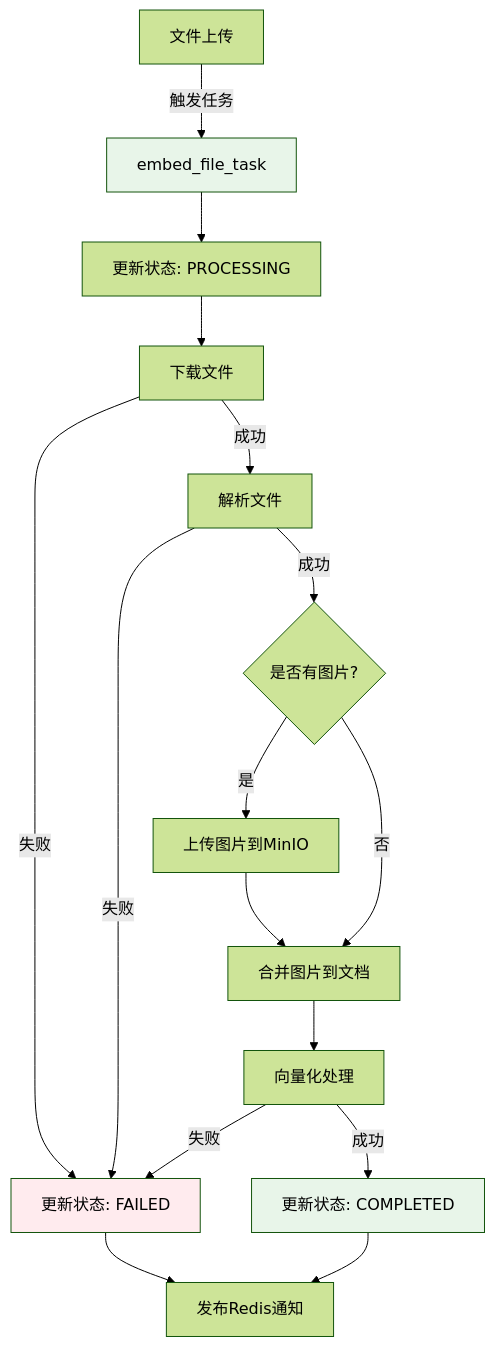
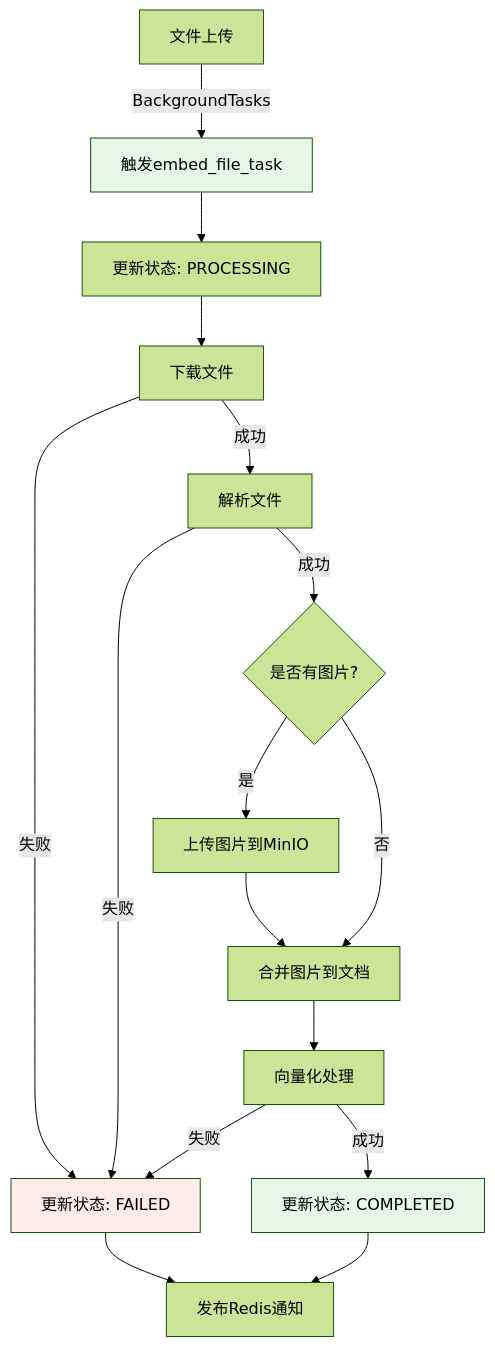
Before and after one commit to helloAhao096/helloahao096.github.io: the seventh of 7 diagrams in docs/posts/Celery 异步任务队列完整指南.md, drawn with Mermaid (forest theme). The commit also changed other lines of this file, not shown here.

````diff
--- a/docs/posts/Celery 异步任务队列完整指南.md
+++ b/docs/posts/Celery 异步任务队列完整指南.md
@@ -1048,22 +960,22 @@
 ```mermaid
 flowchart TD
-    A[文件上传] -->|触发任务| B[embed_file_task]
+    A[文件上传] -->|BackgroundTasks| B[触发embed_file_task]
     B --> C[更新状态: PROCESSING]
     C --> D[下载文件]
     D -->|失败| E[更新状态: FAILED]
     D -->|成功| F[解析文件]
     F -->|失败| E
     F -->|成功| G{是否有图片?}
     G -->|是| H[上传图片到MinIO]
     G -->|否| I[合并图片到文档]
     H --> I
     I --> J[向量化处理]
     J -->|失败| E
     J -->|成功| K[更新状态: COMPLETED]
     K --> L[发布Redis通知]
     E --> L
     
     style B fill:#e8f5e9
     style E fill:#ffebee
     style K fill:#e8f5e9
 ```
````
